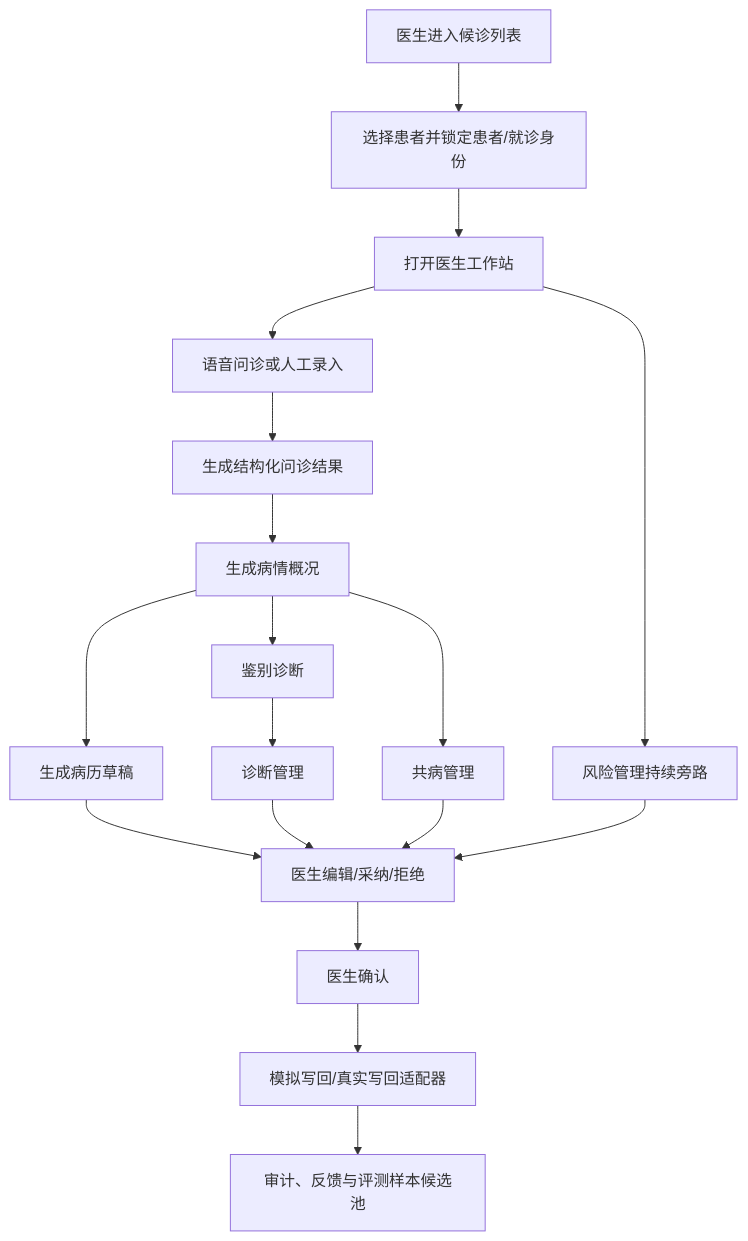
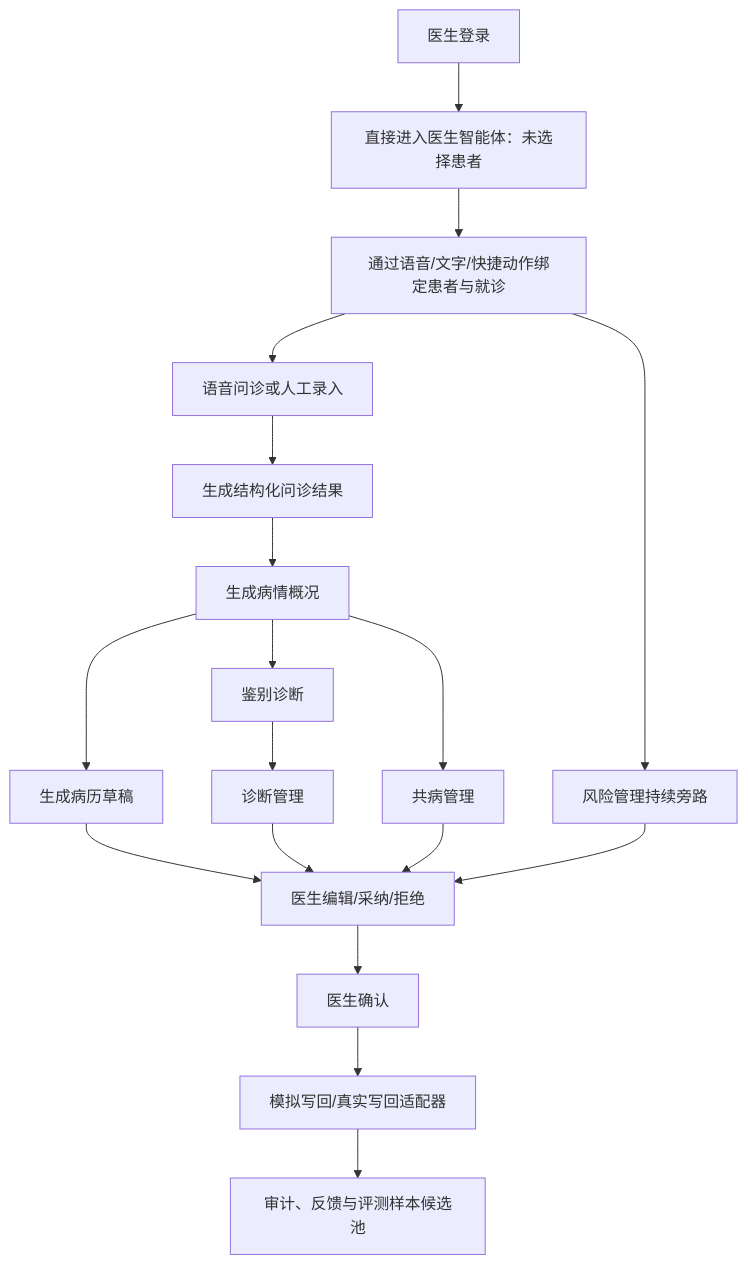
Before and after one commit to aaronle/doctor-agent: the second of 2 diagrams in docs/00-一期研发总纲.md, drawn with Mermaid. The commit also changed other lines of this file and 131 other files, not shown here.

````diff
--- a/docs/00-一期研发总纲.md
+++ b/docs/00-一期研发总纲.md
@@ -101,20 +102,20 @@
 ```mermaid
 flowchart TD
-    A[医生进入候诊列表] --> B[选择患者并锁定患者/就诊身份]
-    B --> C[打开医生工作站]
+    A[医生登录] --> B[直接进入医生智能体：未选择患者]
+    B --> C[通过语音/文字/快捷动作绑定患者与就诊]
     C --> D[语音问诊或人工录入]
     D --> E[生成结构化问诊结果]
     E --> F[生成病情概况]
     F --> G[生成病历草稿]
     F --> H[鉴别诊断]
     H --> I[诊断管理]
     C --> R[风险管理持续旁路]
     F --> J[共病管理]
     G --> K[医生编辑/采纳/拒绝]
     I --> K
     R --> K
     J --> K
     K --> L[医生确认]
     L --> M[模拟写回/真实写回适配器]
     M --> N[审计、反馈与评测样本候选池]
 ```
````
